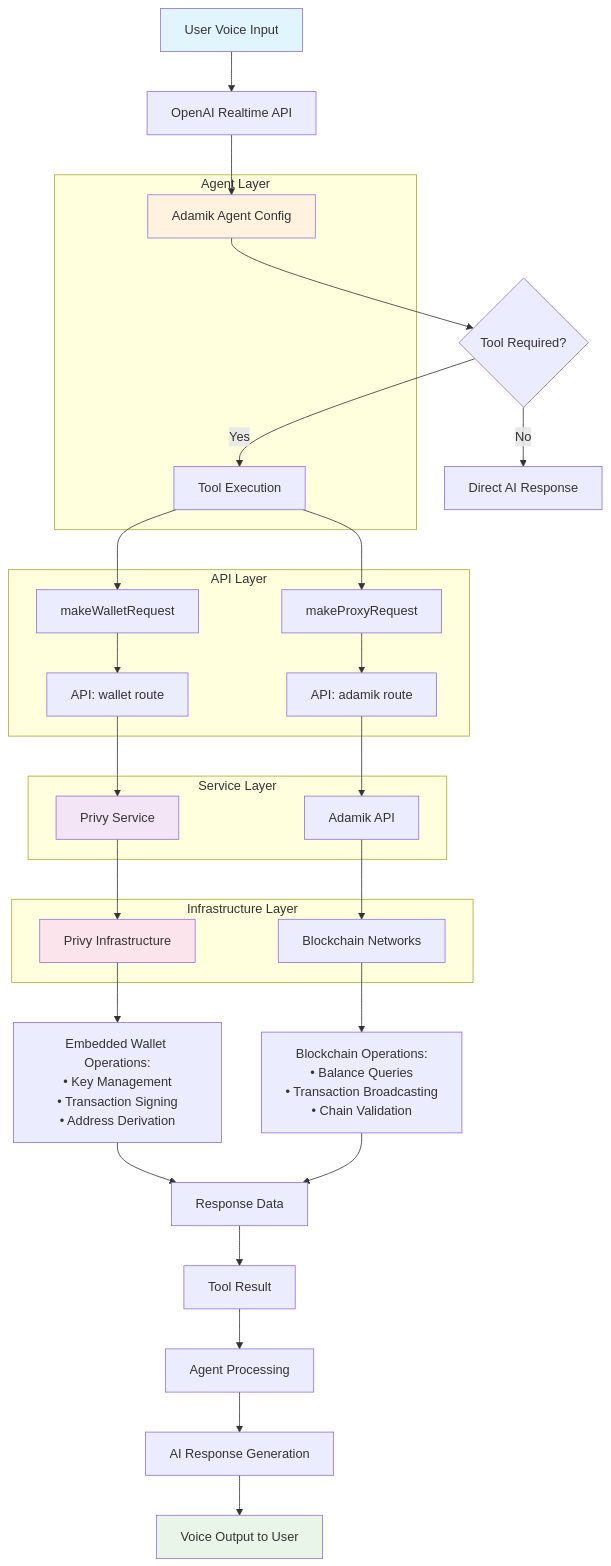
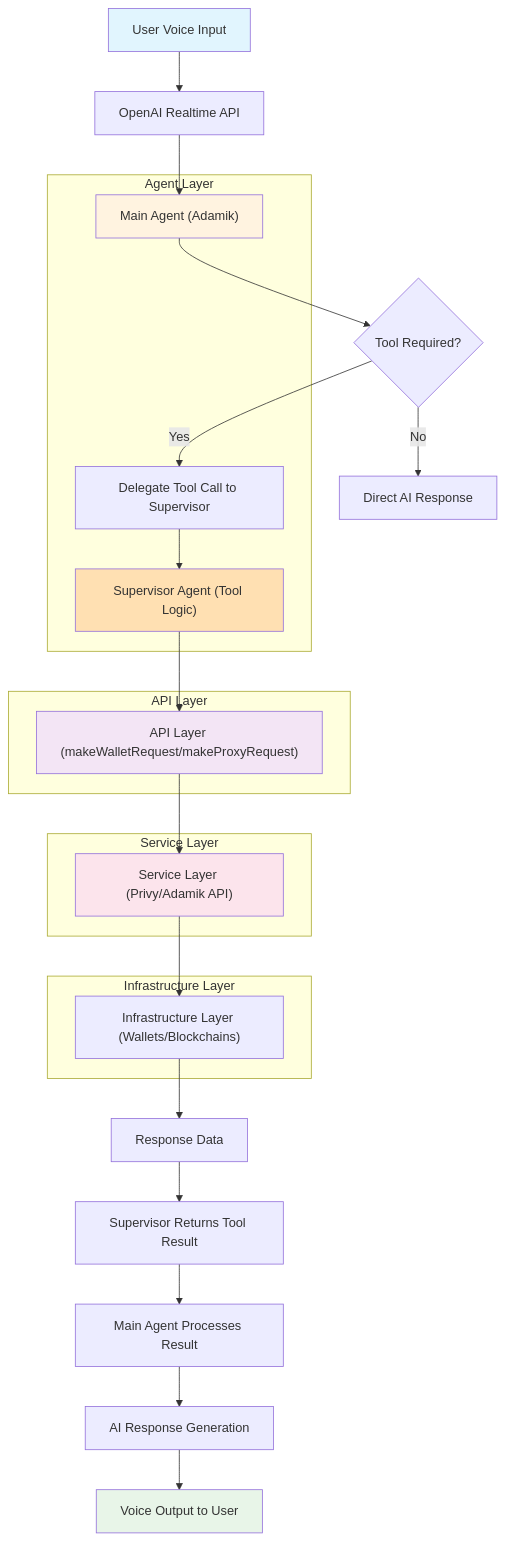
The diagram in README.md (AdamikHQ/adamik-pooleth), drawn with Mermaid before and after one commit. The commit also changed other lines of this file and 4 other files, not shown here.

Commit message:
docs: update README and TESTING for agent pattern, add chain filtering details; chore: add tron/cosmos to chains, minor code cleanup

````diff
--- a/README.md
+++ b/README.md
@@ -39,61 +45,38 @@
 ```mermaid
 graph TD
     A["User Voice Input"] --> B["OpenAI Realtime API"]
-    B --> C["Adamik Agent Config"]
+    B --> C["Main Agent (Adamik)"]
     C --> D{"Tool Required?"}
-
     D -->|No| E["Direct AI Response"]
-    D -->|Yes| F["Tool Execution"]
-
-    F --> G["makeWalletRequest"]
-    F --> H["makeProxyRequest"]
-
-    G --> I["API: wallet route"]
-    H --> J["API: adamik route"]
-
-    I --> K["Privy Service"]
-    J --> L["Adamik API"]
-
-    K --> M["Privy Infrastructure"]
-    L --> N["Blockchain Networks"]
-
-    M --> O["Embedded Wallet Operations:<br/>• Key Management<br/>• Transaction Signing<br/>• Address Derivation"]
-
-    N --> P["Blockchain Operations:<br/>• Balance Queries<br/>• Transaction Broadcasting<br/>• Chain Validation"]
-
-    O --> Q["Response Data"]
-    P --> Q
-
-    Q --> R["Tool Result"]
-    R --> S["Agent Processing"]
-    S --> T["AI Response Generation"]
-    T --> U["Voice Output to User"]
+    D -->|Yes| F["Delegate Tool Call to Supervisor"]
+    F --> G["Supervisor Agent (Tool Logic)"]
+    G --> H["API Layer (makeWalletRequest/makeProxyRequest)"]
+    H --> I["Service Layer (Privy/Adamik API)"]
+    I --> J["Infrastructure Layer (Wallets/Blockchains)"]
+    J --> K["Response Data"]
+    K --> L["Supervisor Returns Tool Result"]
+    L --> M["Main Agent Processes Result"]
+    M --> N["AI Response Generation"]
+    N --> O["Voice Output to User"]
 
     subgraph "Agent Layer"
         C
         F
+        G
     end
-
     subgraph "API Layer"
-        G
         H
+    end
+    subgraph "Service Layer"
         I
+    end
+    subgraph "Infrastructure Layer"
         J
     end
-
-    subgraph "Service Layer"
-        K
-        L
-    end
-
-    subgraph "Infrastructure Layer"
-        M
-        N
-    end
-
     style A fill:#e1f5fe
-    style U fill:#e8f5e8
+    style O fill:#e8f5e8
     style C fill:#fff3e0
-    style K fill:#f3e5f5
-    style M fill:#fce4ec
+    style G fill:#ffe0b2
+    style H fill:#f3e5f5
+    style I fill:#fce4ec
 ```
````
